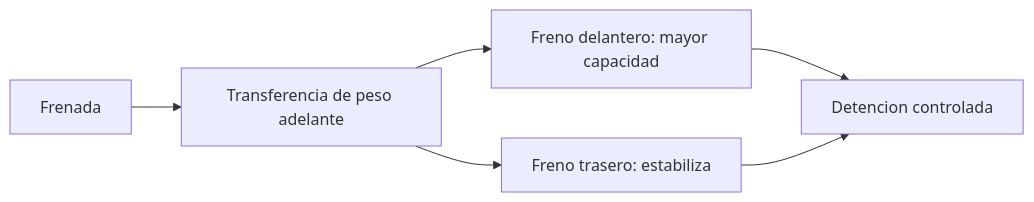
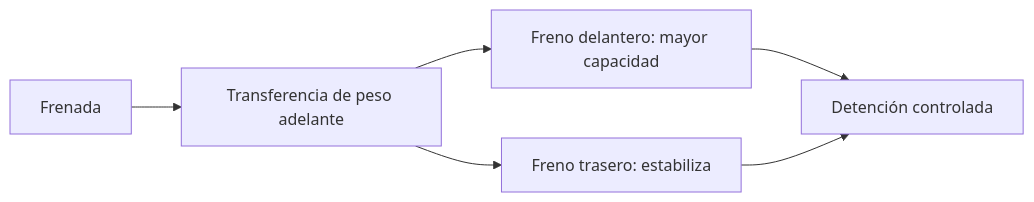
The diagram in vehiculos/motos/recursos/recursos-moto.md (vladimiracunadev-create/machine-operator-program), drawn with Mermaid before and after one commit. The commit also changed other lines of this file and 442 other files, not shown here.

````diff
--- a/vehiculos/motos/recursos/recursos-moto.md
+++ b/vehiculos/motos/recursos/recursos-moto.md
@@ -26,8 +26,8 @@
 ```mermaid
 flowchart LR
     Frenada[Frenada] --> Peso[Transferencia de peso adelante]
     Peso --> Delantero[Freno delantero: mayor capacidad]
     Peso --> Trasero[Freno trasero: estabiliza]
-    Delantero --> Control[Detencion controlada]
+    Delantero --> Control[Detención controlada]
     Trasero --> Control
 ```
````
